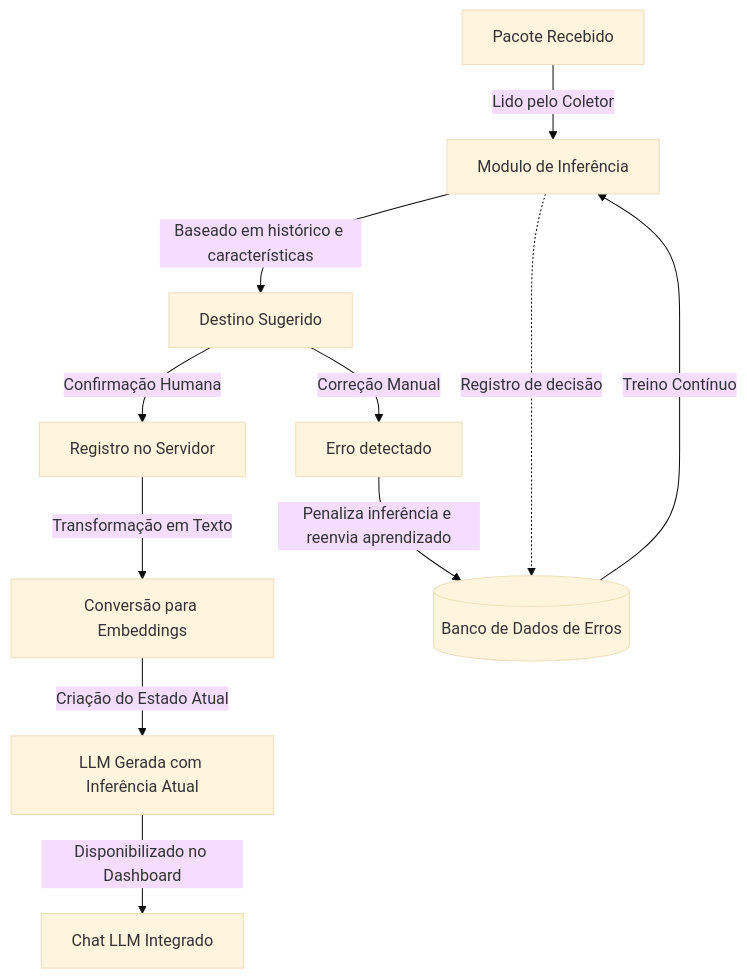
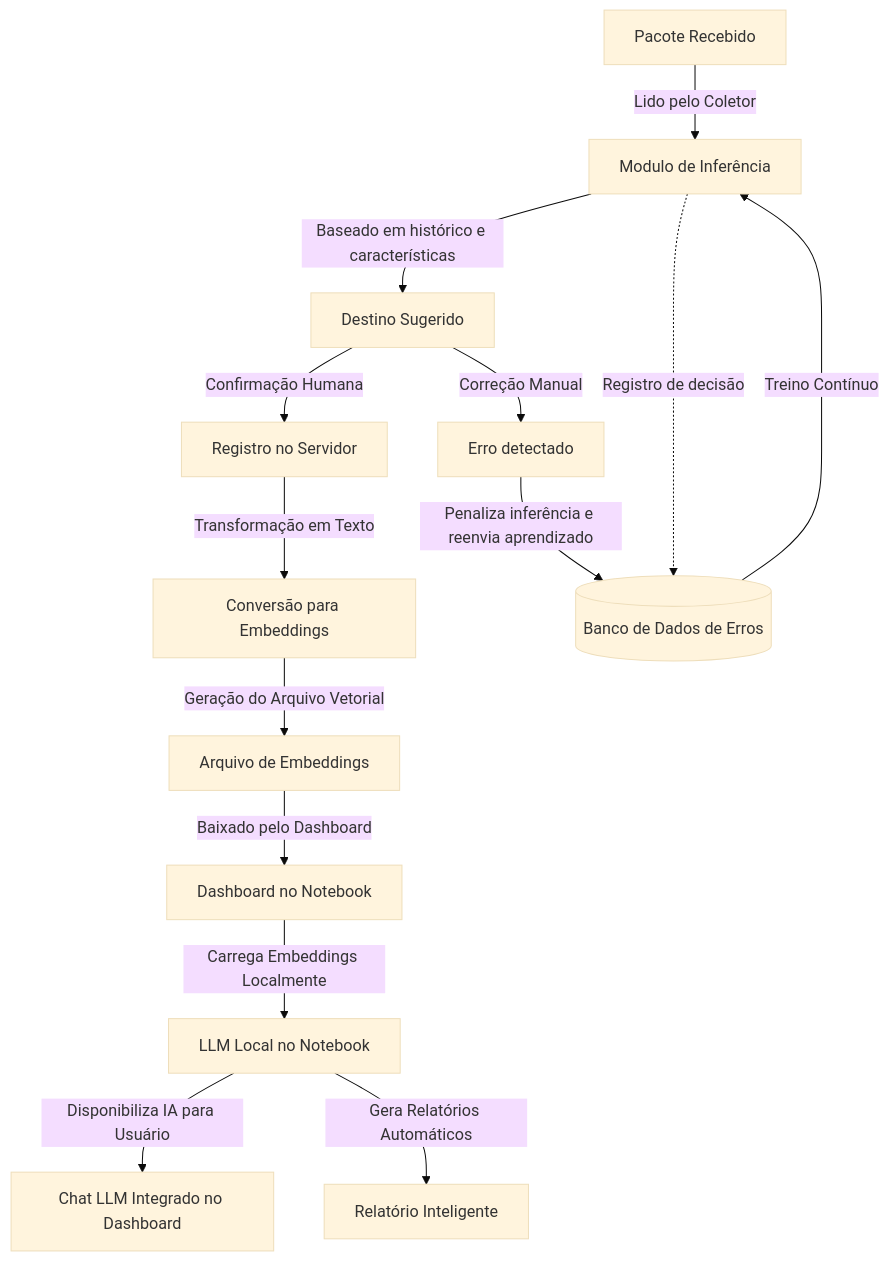
Before and after one commit to Pedro-02931/WireFrame---Prototipo: the second of 2 diagrams in servidor/readme.md, drawn with Mermaid (base theme). The commit also changed other lines of this file, not shown here.

````diff
--- a/servidor/readme.md
+++ b/servidor/readme.md
@@ -75,23 +89,29 @@
 ```mermaid
 graph TD;
     
     %% Entrada dos Dados
     Pacote[Pacote Recebido] -->|Lido pelo Coletor| Inferencia[Modulo de Inferência]
     
     %% Inferência Automática
     Inferencia -->|Baseado em histórico e características| DestinoSugerido[Destino Sugerido]
     Inferencia -.->|Registro de decisão| BancoErros[(Banco de Dados de Erros)]
 
     %% Confirmação ou Correção
     DestinoSugerido -->|Confirmação Humana| Registro[Registro no Servidor]
     DestinoSugerido -->|Correção Manual| Correcao[Erro detectado]
     Correcao -->|Penaliza inferência e reenvia aprendizado| BancoErros
 
     %% Atualização da Inferência
     BancoErros -->|Treino Contínuo| Inferencia
 
-    %% Conversão para Embeddings e Criação da LLM
+    %% Conversão para Embeddings e Transferência para Dashboard
     Registro -->|Transformação em Texto| ProcessadorEmbeddings[Conversão para Embeddings]
-    ProcessadorEmbeddings -->|Criação do Estado Atual| MotorLLM[LLM Gerada com Inferência Atual]
-    MotorLLM -->|Disponibilizado no Dashboard| ChatIA[Chat LLM Integrado]
+    ProcessadorEmbeddings -->|Geração do Arquivo Vetorial| EmbeddingArquivo[Arquivo de Embeddings]
+    EmbeddingArquivo -->|Baixado pelo Dashboard| DashboardNotebook[Dashboard no Notebook]
+
+    %% Processamento Local no Notebook
+    DashboardNotebook -->|Carrega Embeddings Localmente| MotorLLM[LLM Local no Notebook]
+    MotorLLM -->|Disponibiliza IA para Usuário| ChatIA[Chat LLM Integrado no Dashboard]
+    MotorLLM -->|Gera Relatórios Automáticos| Relatorio[Relatório Inteligente]
+
 ```
````
